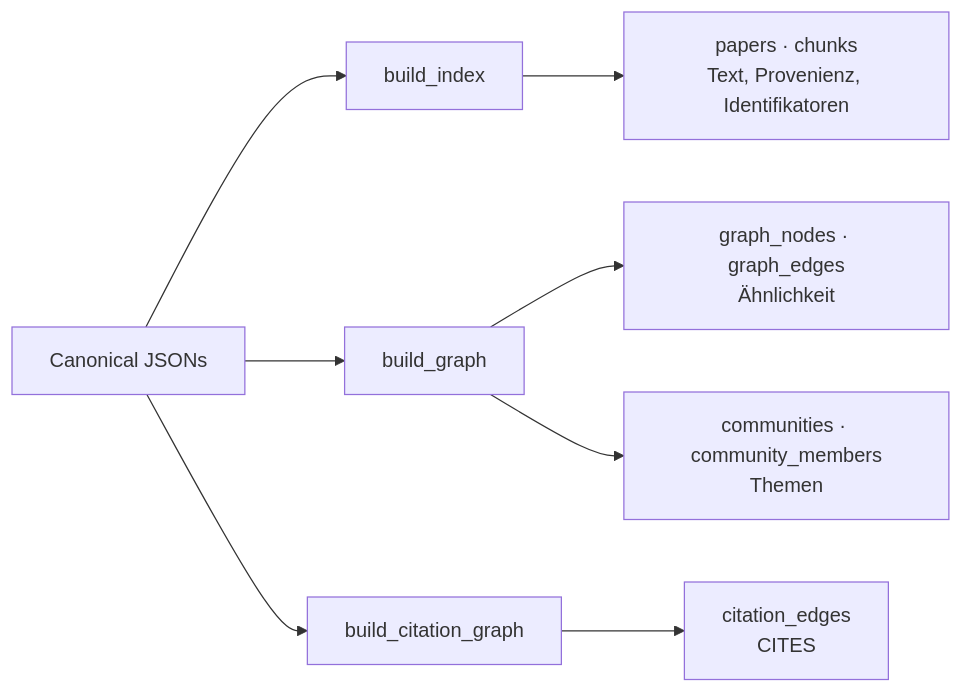
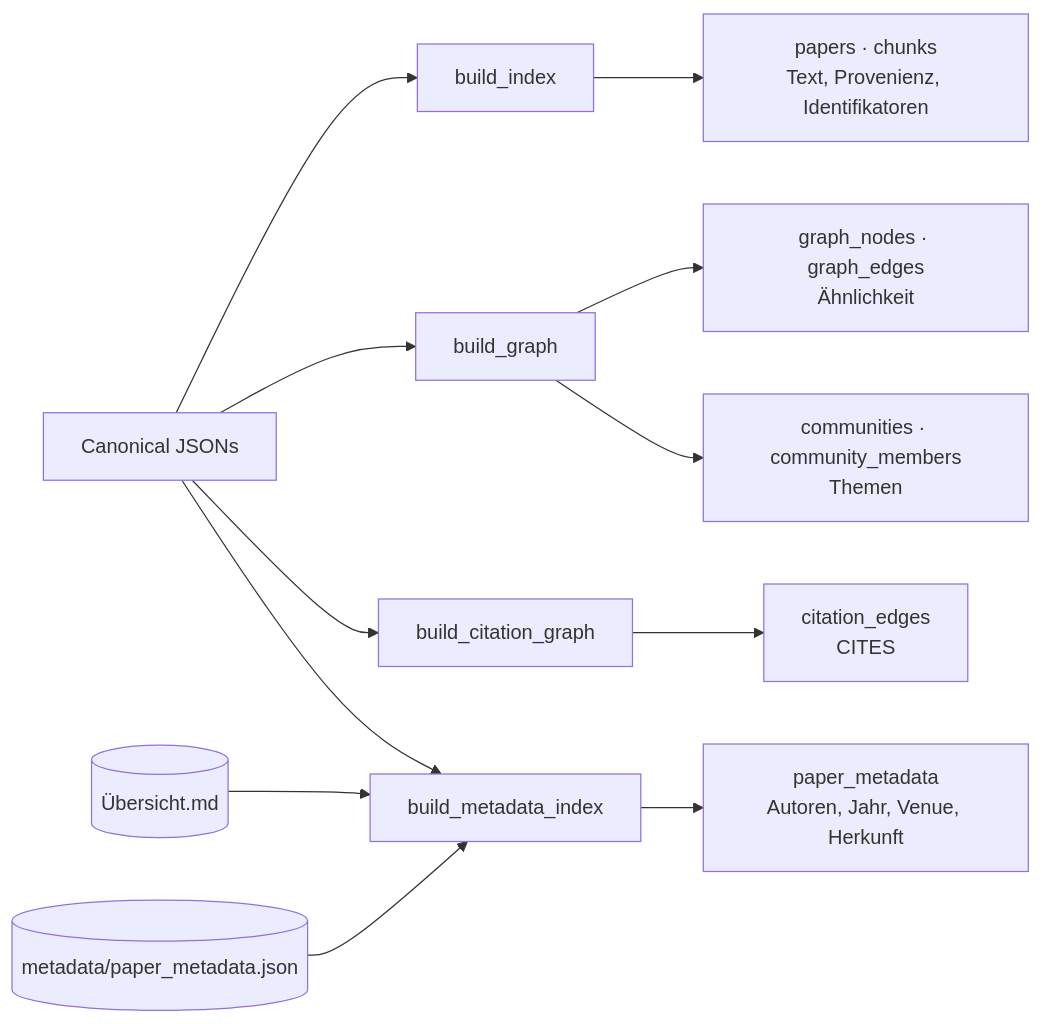
The seventh of 15 diagrams in docs/funktionsweise.md (MomoEngineer/research-graphrag), drawn with Mermaid before and after one commit. The commit also changed other lines of this file and 89 other files, not shown here.

````diff
--- a/docs/funktionsweise.md
+++ b/docs/funktionsweise.md
@@ -211,10 +211,14 @@
 ```mermaid
 flowchart LR
     CAN["Canonical JSONs"] --> BI["build_index"]
     CAN --> BG["build_graph"]
     CAN --> BC["build_citation_graph"]
+    CAN --> BM["build_metadata_index"]
+    UE[("Übersicht.md")] --> BM
+    MJ[("metadata/paper_metadata.json")] --> BM
     BI --> T1["papers · chunks<br/>Text, Provenienz, Identifikatoren"]
     BG --> T2["graph_nodes · graph_edges<br/>Ähnlichkeit"]
     BG --> T3["communities · community_members<br/>Themen"]
     BC --> T4["citation_edges<br/>CITES"]
+    BM --> T5["paper_metadata<br/>Autoren, Jahr, Venue, Herkunft"]
 ```
````
